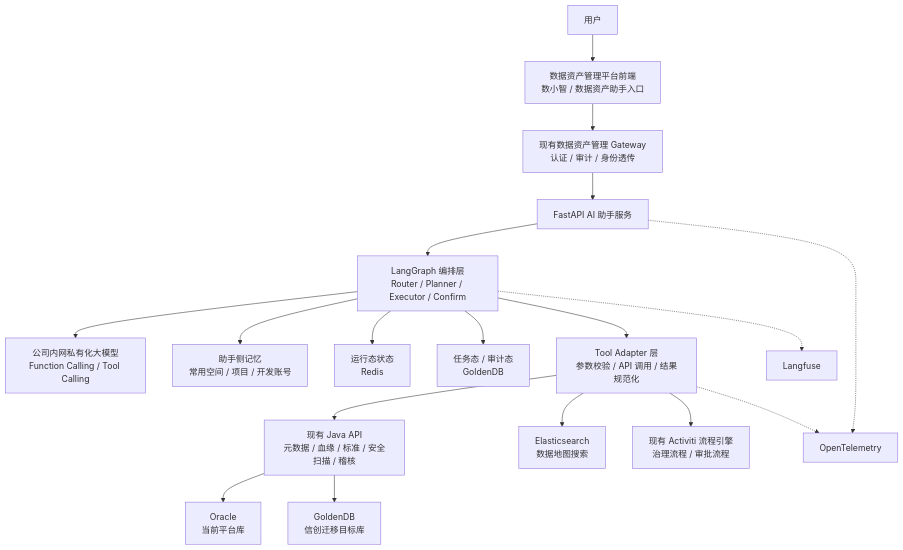
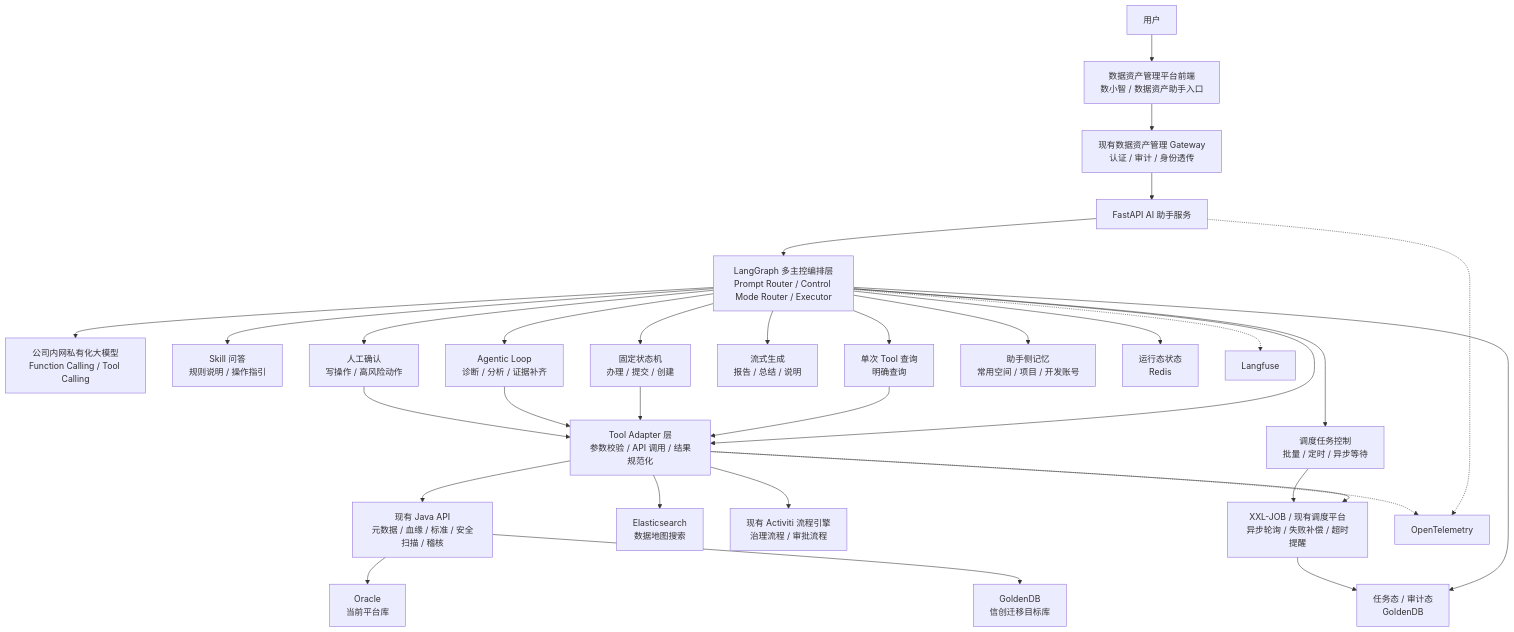
Before and after one commit to ShaneLiu001/dataasset: the first of 2 diagrams in 数据资产助手/05-数据资产助手技术选型方案.md, drawn with Mermaid. The commit also changed other lines of this file and 11 other files, not shown here.

````diff
--- a/数据资产助手/05-数据资产助手技术选型方案.md
+++ b/数据资产助手/05-数据资产助手技术选型方案.md
@@ -37,25 +40,40 @@
 ```mermaid
 flowchart TB
   User[用户] --> Web[数据资产管理平台前端<br/>数小智 / 数据资产助手入口]
   Web --> Gateway[现有数据资产管理 Gateway<br/>认证 / 审计 / 身份透传]
 
   Gateway --> Assistant[FastAPI AI 助手服务]
-  Assistant --> Graph[LangGraph 编排层<br/>Router / Planner / Executor / Confirm]
+  Assistant --> Graph[LangGraph 多主控编排层<br/>Prompt Router / Control Mode Router / Executor]
   Graph --> LLM[公司内网私有化大模型<br/>Function Calling / Tool Calling]
+
+  Graph --> SkillCtl[Skill 问答<br/>规则说明 / 操作指引]
+  Graph --> ToolCtl[单次 Tool 查询<br/>明确查询]
+  Graph --> StateCtl[固定状态机<br/>办理 / 提交 / 创建]
+  Graph --> LoopCtl[Agentic Loop<br/>诊断 / 分析 / 证据补齐]
+  Graph --> StreamCtl[流式生成<br/>报告 / 总结 / 说明]
+  Graph --> ConfirmCtl[人工确认<br/>写操作 / 高风险动作]
 
   Graph --> Memory[助手侧记忆<br/>常用空间 / 项目 / 开发账号]
   Graph --> RuntimeState[运行态状态<br/>Redis]
   Graph --> TaskState[任务态 / 审计态<br/>GoldenDB]
 
   Graph --> ToolLayer[Tool Adapter 层<br/>参数校验 / API 调用 / 结果规范化]
+  ToolCtl --> ToolLayer
+  StateCtl --> ToolLayer
+  LoopCtl --> ToolLayer
+  ConfirmCtl --> ToolLayer
   ToolLayer --> JavaAPI[现有 Java API<br/>元数据 / 血缘 / 标准 / 安全扫描 / 稽核]
   ToolLayer --> ES[Elasticsearch<br/>数据地图搜索]
   ToolLayer --> Activiti[现有 Activiti 流程引擎<br/>治理流程 / 审批流程]
+  ToolLayer --> Scheduler[XXL-JOB / 现有调度平台<br/>异步轮询 / 失败补偿 / 超时提醒]
+  Graph --> SchedulerCtl[调度任务控制<br/>批量 / 定时 / 异步等待]
+  SchedulerCtl --> Scheduler
 
   JavaAPI --> Oracle[Oracle<br/>当前平台库]
   JavaAPI --> GoldenDB[GoldenDB<br/>信创迁移目标库]
+  Scheduler --> TaskState
 
   Assistant -.-> OTel[OpenTelemetry]
   Graph -.-> Langfuse[Langfuse]
   ToolLayer -.-> OTel
 ```
````
